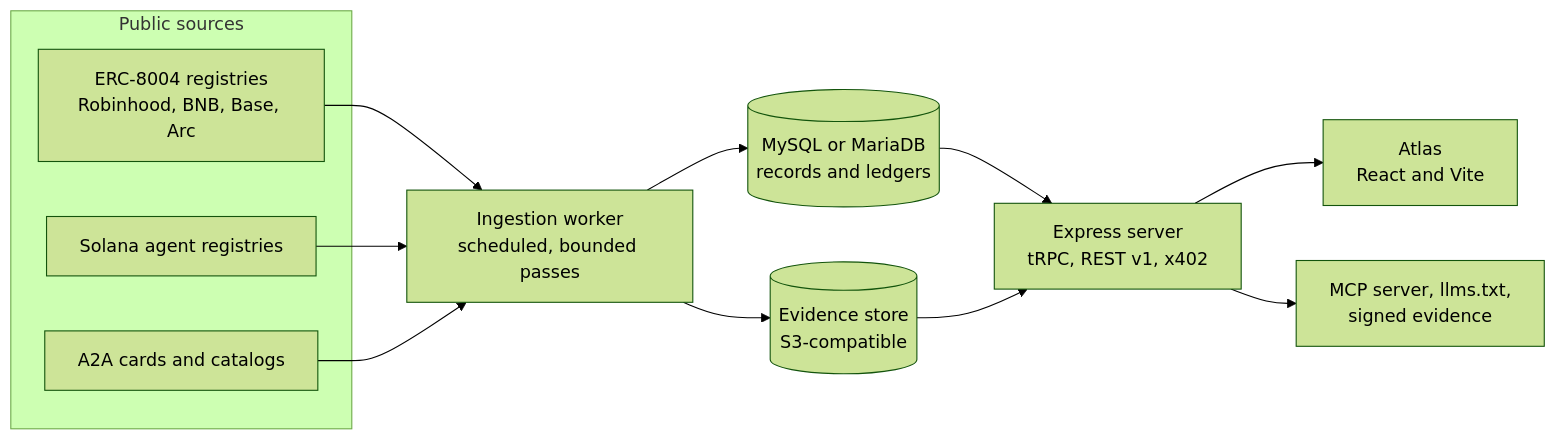
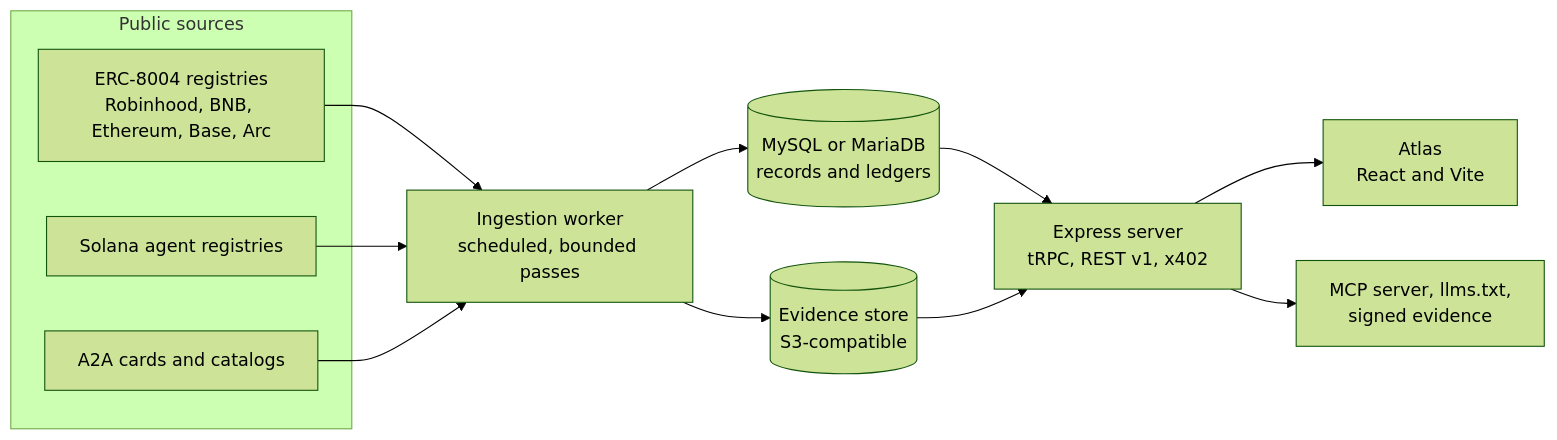
Before and after one commit to RunTimeAdmin/nooscape-public: the diagram in README.md, drawn with Mermaid (forest theme). The commit also changed other lines of this file and 269 other files, not shown here.

````diff
--- a/README.md
+++ b/README.md
@@ -89,23 +89,23 @@
 ```mermaid
 flowchart LR
   subgraph Sources["Public sources"]
-    A["ERC-8004 registries<br/>Robinhood, BNB, Base, Arc"]
+    A["ERC-8004 registries<br/>Robinhood, BNB, Ethereum, Base, Arc"]
     B["Solana agent registries"]
     C["A2A cards and catalogs"]
   end
   W["Ingestion worker<br/>scheduled, bounded passes"]
   D[("MySQL or MariaDB<br/>records and ledgers")]
   S[("Evidence store<br/>S3-compatible")]
   X["Express server<br/>tRPC, REST v1, x402"]
   U["Atlas<br/>React and Vite"]
   O["MCP server, llms.txt,<br/>signed evidence"]
   A --> W
   B --> W
   C --> W
   W --> D
   W --> S
   D --> X
   S --> X
   X --> U
   X --> O
 ```
````
